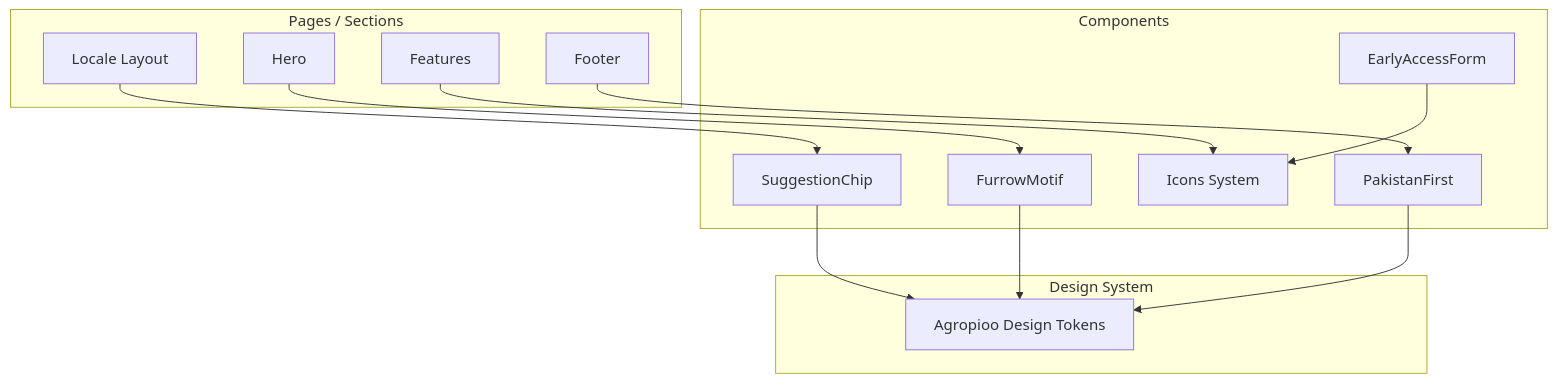
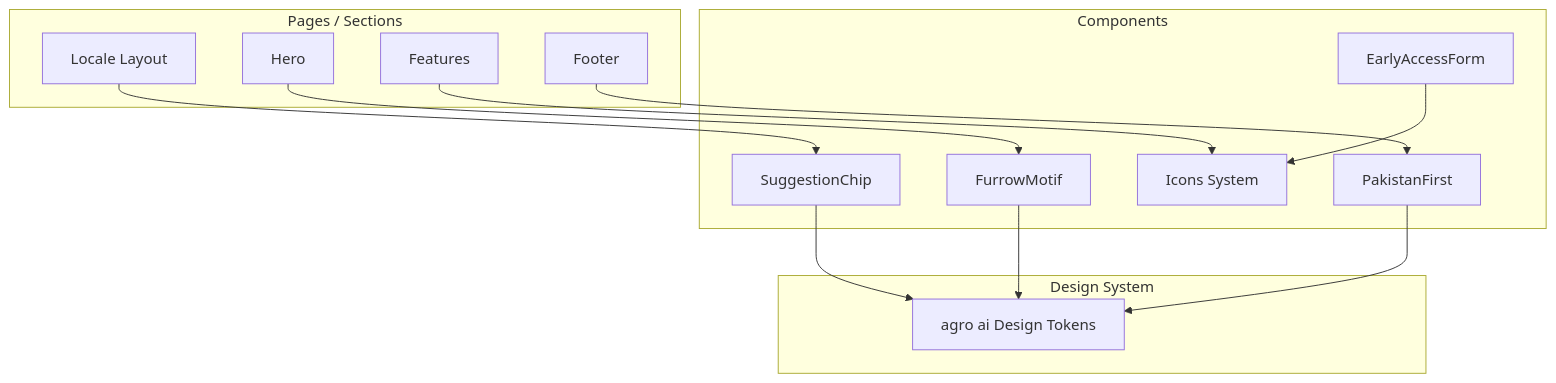
Before and after one commit to aplinode-gh/nasa-hackathon: the first of 7 diagrams in .qoder/repowiki/en/content/Component Library/Shared UI Components.md, drawn with Mermaid. The commit also changed other lines of this file and 201 other files, not shown here.

````diff
--- a/.qoder/repowiki/en/content/Component Library/Shared UI Components.md
+++ b/.qoder/repowiki/en/content/Component Library/Shared UI Components.md
@@ -42,27 +42,27 @@
 ```mermaid
 graph TB
 subgraph "Components"
 SC["SuggestionChip"]
 IC["Icons System"]
 PF["PakistanFirst"]
 FM["FurrowMotif"]
 EAF["EarlyAccessForm"]
 end
 subgraph "Pages / Sections"
 LYT["Locale Layout"]
 HERO["Hero"]
 FEAT["Features"]
 FTR["Footer"]
 end
 subgraph "Design System"
-DS["Agropioo Design Tokens"]
+DS["agro ai Design Tokens"]
 end
 LYT --> SC
 HERO --> FM
 FEAT --> IC
 FTR --> PF
 SC --> DS
 EAF --> IC
 PF --> DS
 FM --> DS
 ```
````
